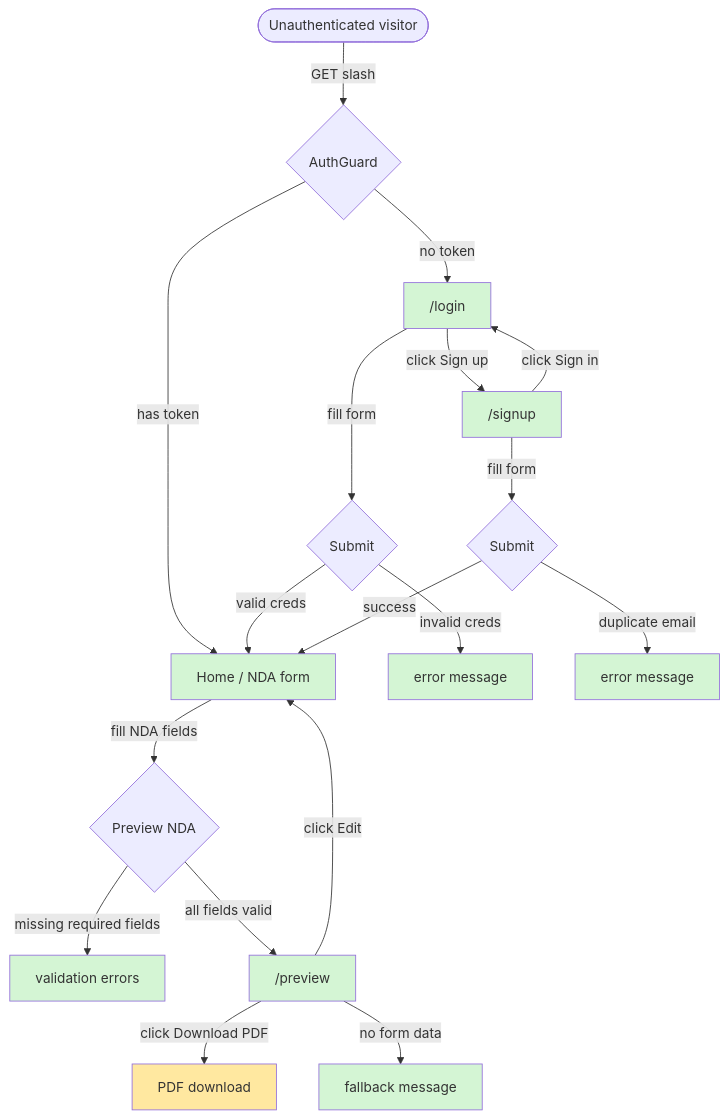
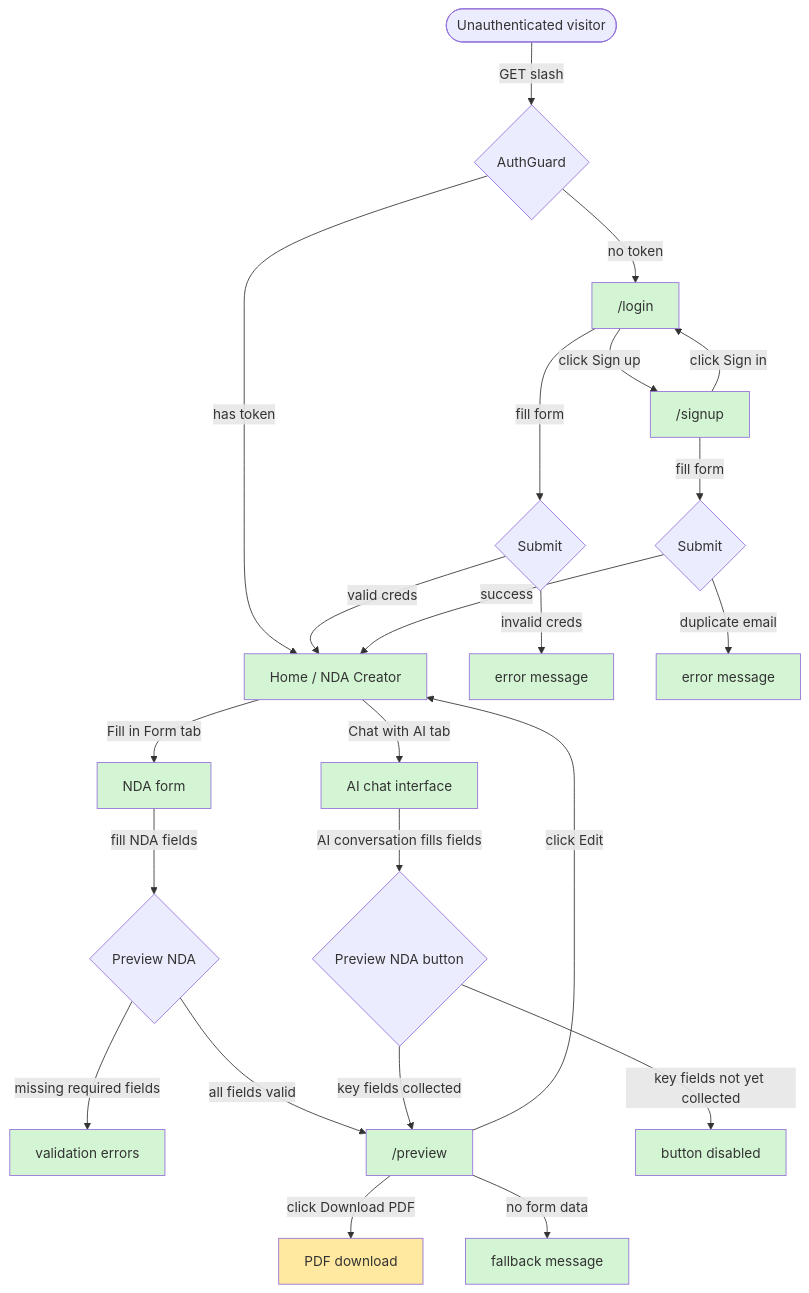
The fourth of 6 diagrams in docs/test-coverage-report.md (shaynemeyer/prelegal), drawn with Mermaid before and after one commit. The commit also changed other lines of this file and 14 other files, not shown here.

First line of the commit message:
feat(PL-5): add AI chat tab for Mutual NDA drafting (#6)

````diff
--- a/docs/test-coverage-report.md
+++ b/docs/test-coverage-report.md
@@ -88,34 +95,44 @@
 ```mermaid
 flowchart TD
     A([Unauthenticated visitor]) -->|GET slash| B{AuthGuard}
     B -->|no token| C["/login"]
-    B -->|has token| D["Home / NDA form"]
+    B -->|has token| D["Home / NDA Creator"]
 
     C -->|fill form| E{Submit}
     E -->|invalid creds| F[error message]
     E -->|valid creds| D
     C -->|click Sign up| G["/signup"]
 
     G -->|fill form| H{Submit}
     H -->|duplicate email| I[error message]
     H -->|success| D
     G -->|click Sign in| C
 
-    D -->|fill NDA fields| J{Preview NDA}
-    J -->|missing required fields| K[validation errors]
-    J -->|all fields valid| L["/preview"]
+    D -->|Fill in Form tab| J[NDA form]
+    D -->|Chat with AI tab| K[AI chat interface]
 
-    L -->|click Edit| D
-    L -->|click Download PDF| M[PDF download]
-    L -->|no form data| N[fallback message]
+    J -->|fill NDA fields| L{Preview NDA}
+    L -->|missing required fields| M[validation errors]
+    L -->|all fields valid| N["/preview"]
+
+    K -->|AI conversation fills fields| O{Preview NDA button}
+    O -->|key fields not yet collected| P[button disabled]
+    O -->|key fields collected| N
+
+    N -->|click Edit| D
+    N -->|click Download PDF| Q[PDF download]
+    N -->|no form data| R[fallback message]
 
     style C fill:#d4f5d4
     style G fill:#d4f5d4
     style D fill:#d4f5d4
-    style L fill:#d4f5d4
+    style J fill:#d4f5d4
+    style K fill:#d4f5d4
+    style N fill:#d4f5d4
     style F fill:#d4f5d4
     style I fill:#d4f5d4
-    style K fill:#d4f5d4
-    style N fill:#d4f5d4
-    style M fill:#ffe8a0
+    style M fill:#d4f5d4
+    style P fill:#d4f5d4
+    style R fill:#d4f5d4
+    style Q fill:#ffe8a0
 ```
````
